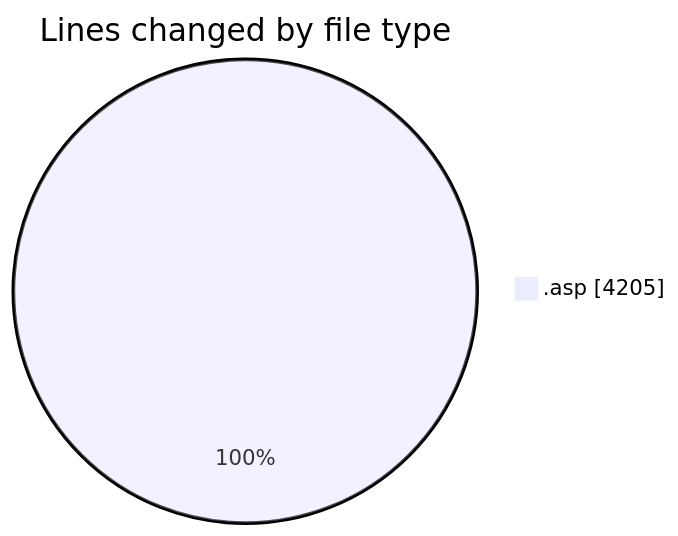
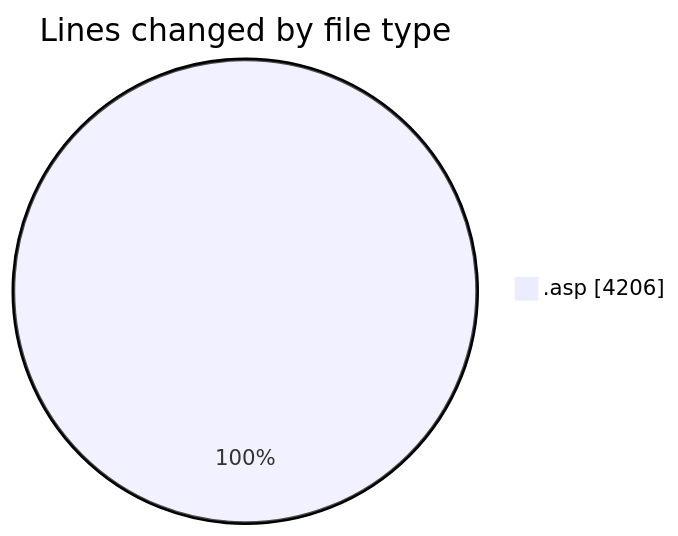
Before and after one commit to julien-gomy/code-tracking: the first of 2 diagrams in 2025-11-04/cdp_aleoudev_fr__workspace_/README.md, drawn with Mermaid. The commit also changed other lines of this file and 1 other file, not shown here.

````diff
--- a/2025-11-04/cdp_aleoudev_fr__workspace_/README.md
+++ b/2025-11-04/cdp_aleoudev_fr__workspace_/README.md
@@ -21,5 +21,5 @@
 ```mermaid
 pie showData
 title Lines changed by file type
-".asp" : 4205
+".asp" : 4206
 ```
````
